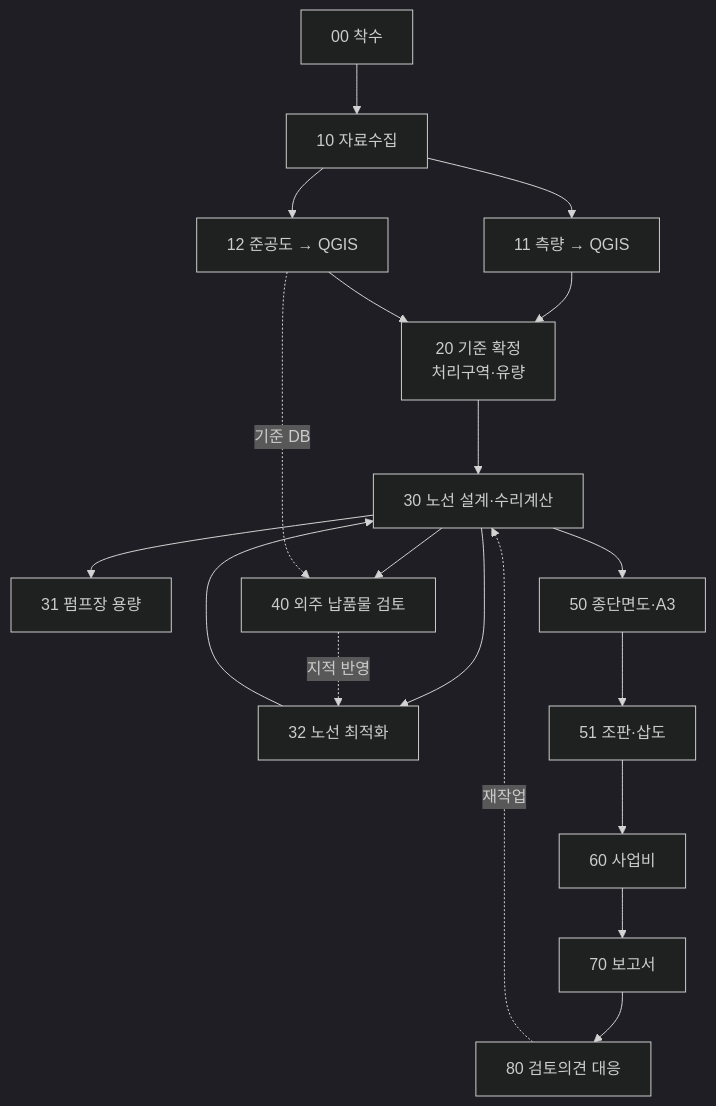
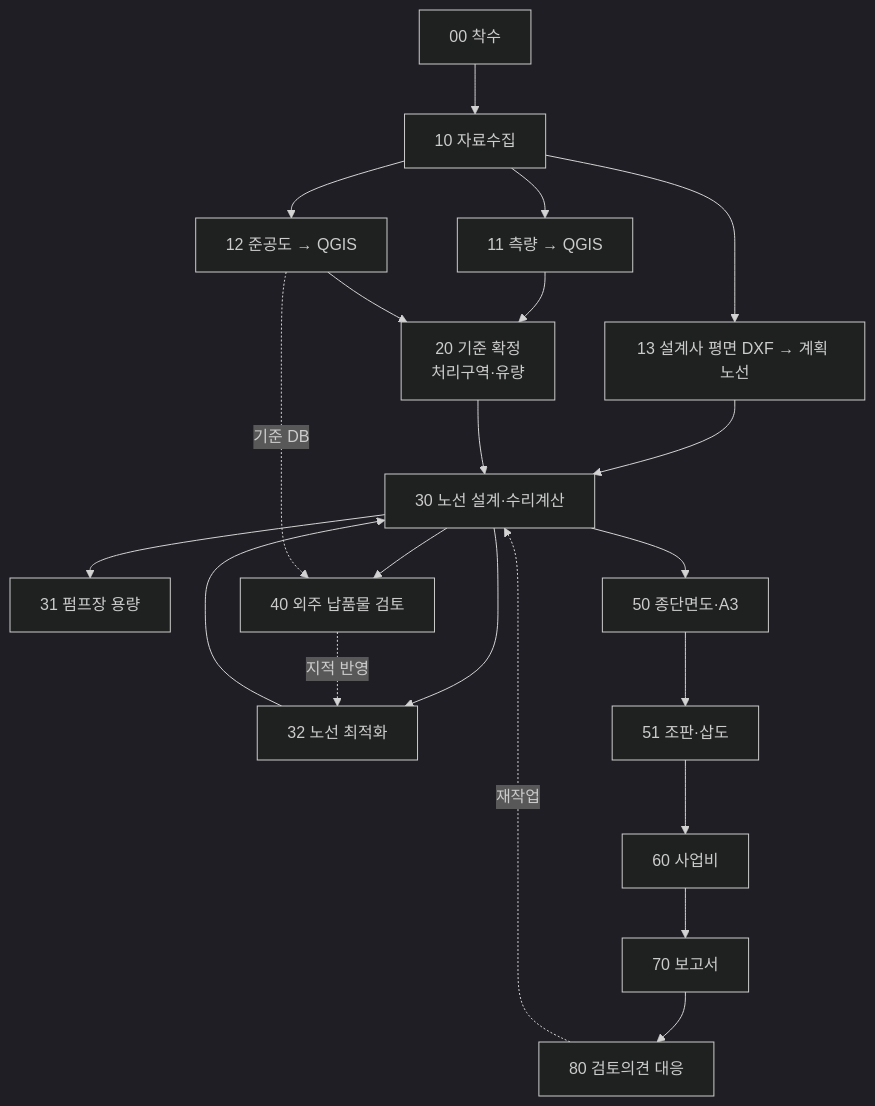
Before and after one commit to taylee9809/qgis-water-sewer-kit: the diagram in standard/workflow.md, drawn with Mermaid (dark theme). The commit also changed other lines of this file and 71 other files, not shown here.

````diff
--- a/standard/workflow.md
+++ b/standard/workflow.md
@@ -6,21 +6,23 @@
 ```mermaid
 flowchart TD
     A00["00 착수"] --> A10["10 자료수집"]
     A10 --> A11["11 측량 → QGIS"]
     A10 --> A12["12 준공도 → QGIS"]
+    A10 --> A13["13 설계사 평면 DXF → 계획 노선"]
     A11 --> A20["20 기준 확정<br/>처리구역·유량"]
     A12 --> A20
+    A13 --> B30
     A20 --> B30["30 노선 설계·수리계산"]
     B30 --> B31["31 펌프장 용량"]
     B30 --> B32["32 노선 최적화"]
     B32 --> B30
     B30 --> C40["40 외주 납품물 검토"]
     A12 -.기준 DB.-> C40
     C40 -.지적 반영.-> B32
     B30 --> D50["50 종단면도·A3"]
     D50 --> D51["51 조판·삽도"]
     D51 --> E60["60 사업비"]
     E60 --> E70["70 보고서"]
     E70 --> E80["80 검토의견 대응"]
     E80 -.재작업.-> B30
 ```
````
